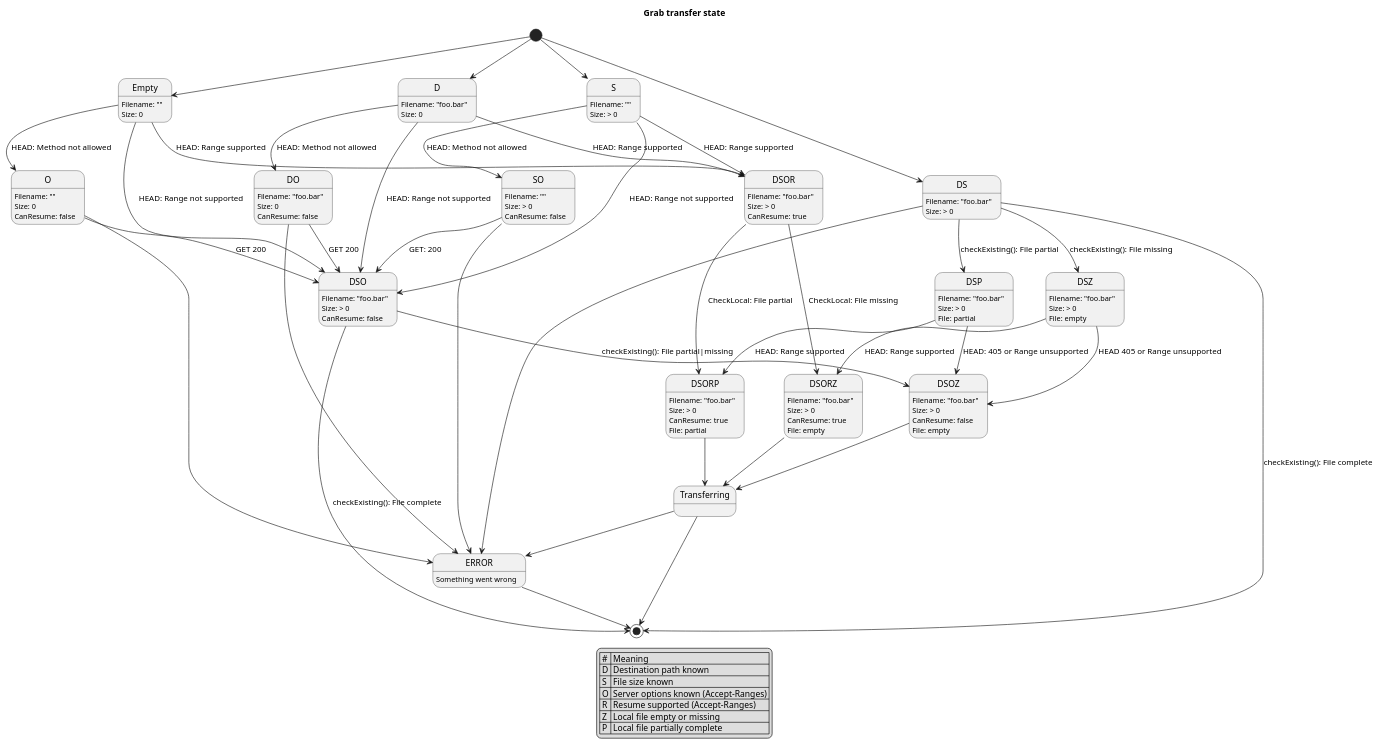
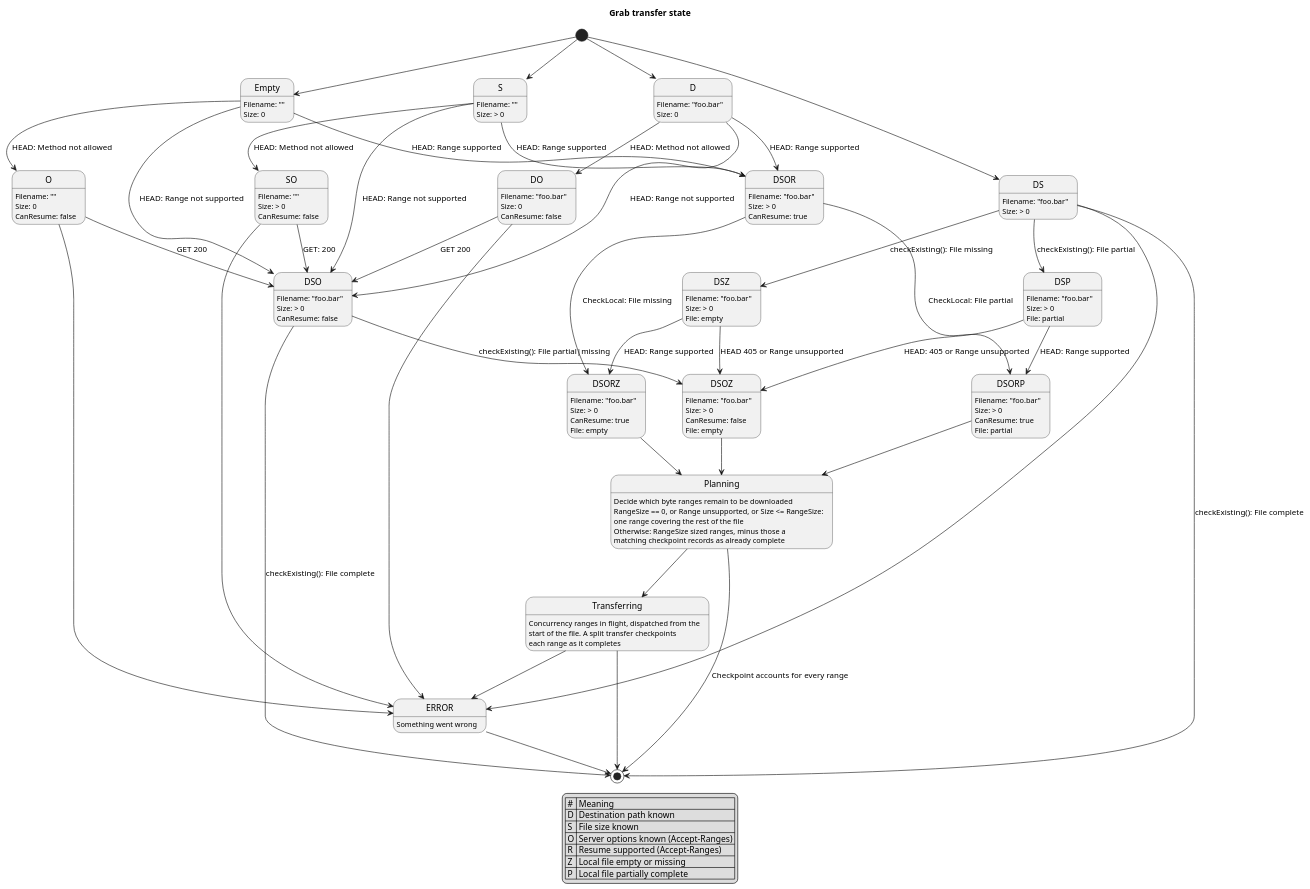
One commit to cavaliergopher/grab changed the diagram in states.wsd. Above: the diagram before and after it, drawn with PlantUML. The commit also changed 21 other files, not shown here.

First line of the commit message:
grab: download files as a series of byte ranges

```diff
--- a/states.wsd
+++ b/states.wsd
@@ -1,111 +1,122 @@
 @startuml
 title Grab transfer state
 
 legend
 | # | Meaning |
 | D | Destination path known |
 | S | File size known |
 | O | Server options known (Accept-Ranges) |
 | R | Resume supported (Accept-Ranges) |
 | Z | Local file empty or missing |
 | P | Local file partially complete |
 endlegend
 
 [*] --> Empty
 [*] --> D
 [*] --> S
 [*] --> DS
 
 Empty : Filename: ""
 Empty : Size: 0
 Empty --> O : HEAD: Method not allowed
 Empty --> DSO : HEAD: Range not supported
 Empty --> DSOR : HEAD: Range supported
 
 DS : Filename: "foo.bar"
 DS : Size: > 0
 DS --> DSZ : checkExisting(): File missing
 DS --> DSP : checkExisting(): File partial
 DS --> [*] : checkExisting(): File complete
 DS --> ERROR
 
 S : Filename: ""
 S : Size: > 0
 S --> SO : HEAD: Method not allowed
 S --> DSO : HEAD: Range not supported
 S --> DSOR : HEAD: Range supported
 
 D : Filename: "foo.bar"
 D : Size: 0
 D --> DO : HEAD: Method not allowed
 D --> DSO : HEAD: Range not supported
 D --> DSOR : HEAD: Range supported
 
 
 O : Filename: ""
 O : Size: 0
 O : CanResume: false
 O --> DSO : GET 200
 O --> ERROR
 
 SO : Filename: ""
 SO : Size: > 0
 SO : CanResume: false
 SO --> DSO : GET: 200
 SO --> ERROR
 
 DO : Filename: "foo.bar"
 DO : Size: 0
 DO : CanResume: false
 DO --> DSO : GET 200
 DO --> ERROR
 
 DSZ : Filename: "foo.bar"
 DSZ : Size: > 0
 DSZ : File: empty
 DSZ --> DSORZ : HEAD: Range supported
 DSZ --> DSOZ : HEAD 405 or Range unsupported
 
 DSP : Filename: "foo.bar"
 DSP : Size: > 0
 DSP : File: partial
 DSP --> DSORP : HEAD: Range supported
 DSP --> DSOZ : HEAD: 405 or Range unsupported
 
 DSO : Filename: "foo.bar"
 DSO : Size: > 0
 DSO : CanResume: false
 DSO --> DSOZ : checkExisting(): File partial|missing
 DSO --> [*] : checkExisting(): File complete
 
 DSOR : Filename: "foo.bar"
 DSOR : Size: > 0
 DSOR : CanResume: true
 DSOR --> DSORP : CheckLocal: File partial
 DSOR --> DSORZ : CheckLocal: File missing
 
 DSORP : Filename: "foo.bar"
 DSORP : Size: > 0
 DSORP : CanResume: true
 DSORP : File: partial
-DSORP --> Transferring
+DSORP --> Planning
 
 DSORZ : Filename: "foo.bar"
 DSORZ : Size: > 0
 DSORZ : CanResume: true
 DSORZ : File: empty
-DSORZ --> Transferring
+DSORZ --> Planning
 
 DSOZ : Filename: "foo.bar"
 DSOZ : Size: > 0
 DSOZ : CanResume: false
 DSOZ : File: empty
-DSOZ --> Transferring
+DSOZ --> Planning
 
+Planning : Decide which byte ranges remain to be downloaded
+Planning : RangeSize == 0, or Range unsupported, or Size <= RangeSize:
+Planning :   one range covering the rest of the file
+Planning : Otherwise: RangeSize sized ranges, minus those a
+Planning :   matching checkpoint records as already complete
+Planning --> [*] : Checkpoint accounts for every range
+Planning --> Transferring
+
+Transferring : Concurrency ranges in flight, dispatched from the
+Transferring :   start of the file. A split transfer checkpoints
+Transferring :   each range as it completes
 Transferring --> [*]
 Transferring --> ERROR
 
 ERROR : Something went wrong
 ERROR --> [*]
 
 @enduml
```
